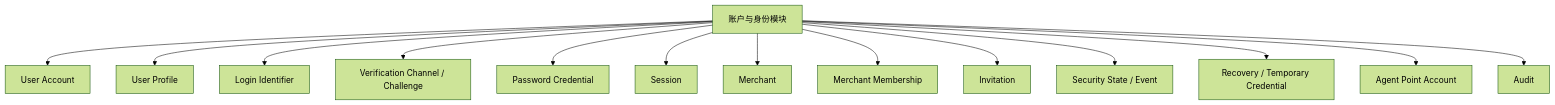
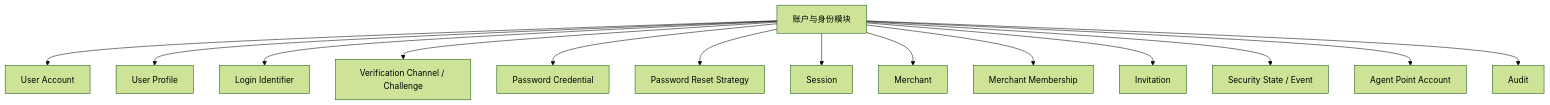
The first of 2 diagrams in docs/system-design/01-账户与身份/账户与身份模块.md (sxyq/mastergoods), drawn with Mermaid (forest theme) before and after one commit. The commit also changed other lines of this file and 7 other files, not shown here.

Commit message:
docs(identity): refine password reset and staff account boundaries

````diff
--- a/docs/system-design/01-账户与身份/账户与身份模块.md
+++ b/docs/system-design/01-账户与身份/账户与身份模块.md
@@ -31,18 +35,18 @@
 ```mermaid
 flowchart TD
     IAM[账户与身份模块]
 
     IAM --> USER[User Account]
     IAM --> PROFILE[User Profile]
     IAM --> IDENTIFIER[Login Identifier]
     IAM --> VERIFY[Verification Channel / Challenge]
     IAM --> PASSWORD[Password Credential]
+    IAM --> RESET[Password Reset Strategy]
     IAM --> SESSION[Session]
     IAM --> MERCHANT[Merchant]
     IAM --> MEMBER[Merchant Membership]
     IAM --> INVITE[Invitation]
     IAM --> SECURITY[Security State / Event]
-    IAM --> RECOVERY[Recovery / Temporary Credential]
     IAM --> POINT[Agent Point Account]
     IAM --> AUDIT[Audit]
 ```
````
